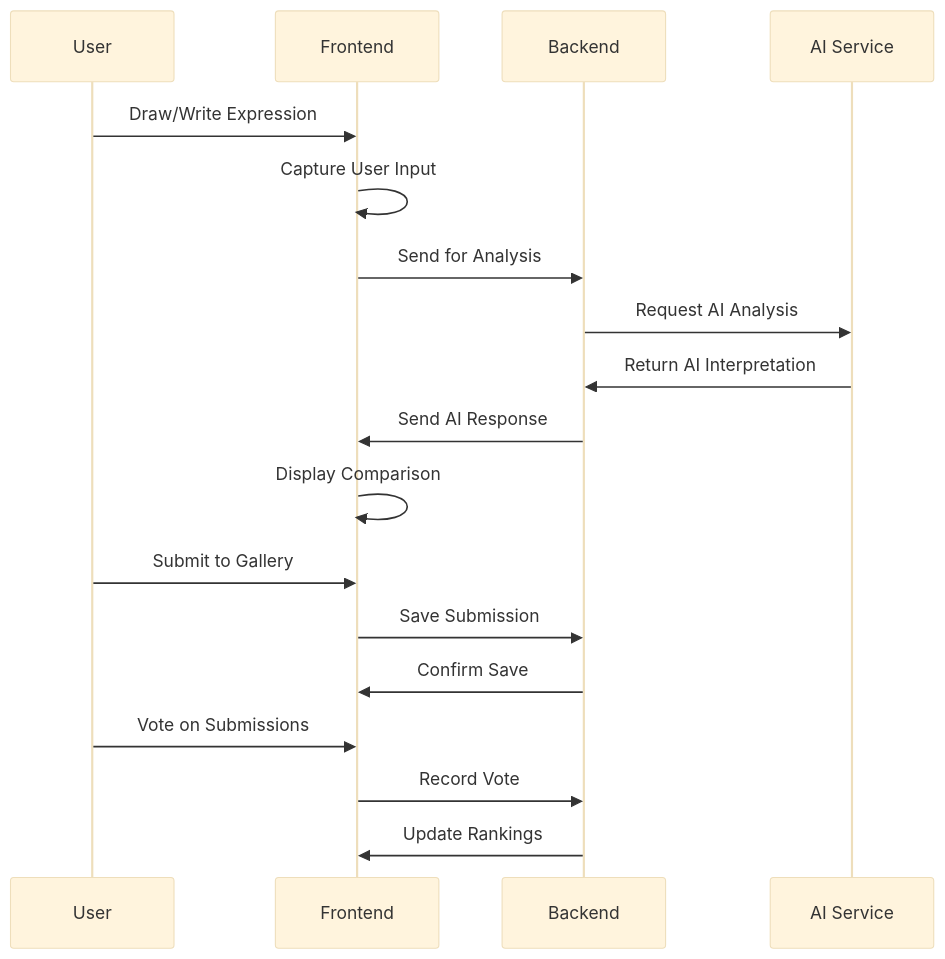
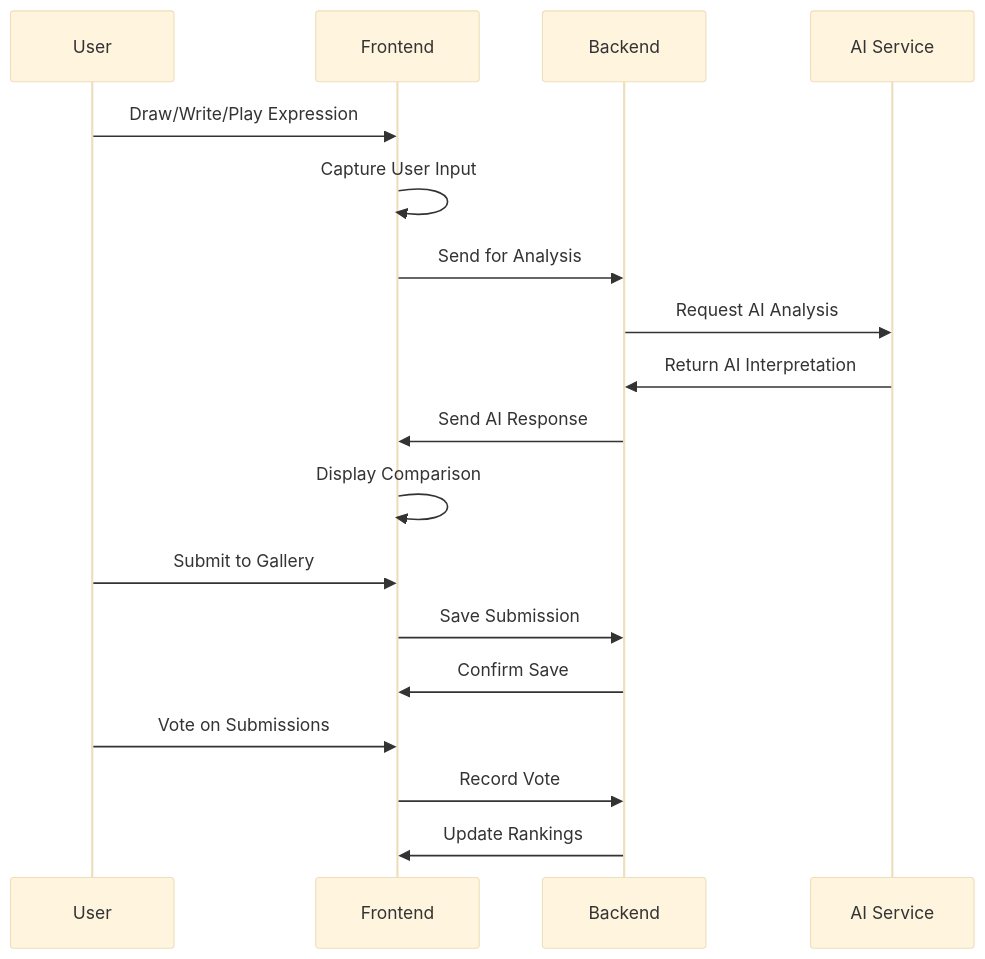
The second of 2 diagrams in README.md (Samritakhurana/Human-vs-ai), drawn with Mermaid (base theme) before and after one commit. The commit also changed other lines of this file, not shown here.

````diff
--- a/README.md
+++ b/README.md
@@ -65,21 +73,21 @@
 ```mermaid
 sequenceDiagram
     participant U as User
     participant F as Frontend
     participant B as Backend
     participant AI as AI Service
 
-    U->>F: Draw/Write Expression
+    U->>F: Draw/Write/Play Expression
     F->>F: Capture User Input
     F->>B: Send for Analysis
     B->>AI: Request AI Analysis
     AI->>B: Return AI Interpretation
     B->>F: Send AI Response
     F->>F: Display Comparison
     U->>F: Submit to Gallery
     F->>B: Save Submission
     B->>F: Confirm Save
     U->>F: Vote on Submissions
     F->>B: Record Vote
     B->>F: Update Rankings
 ```
````
